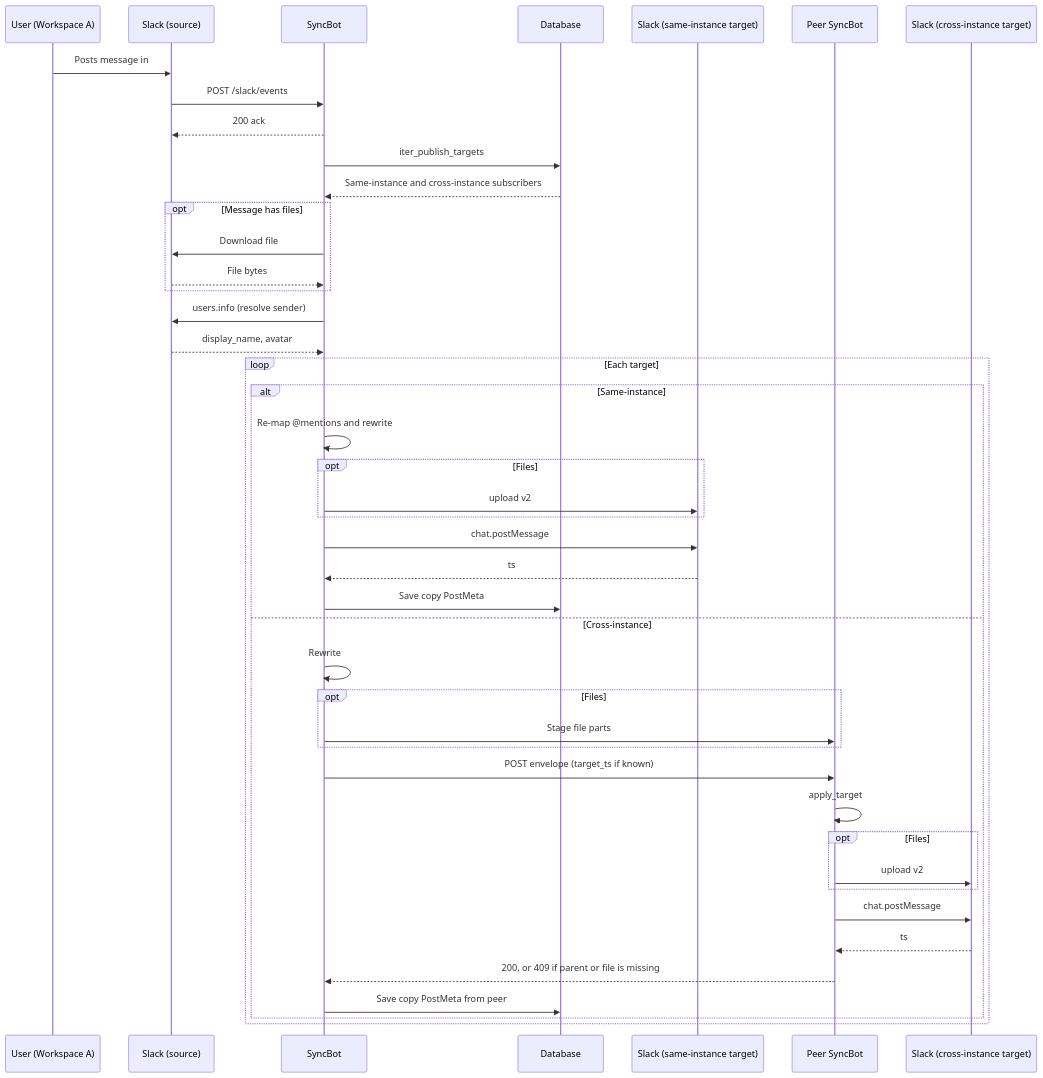
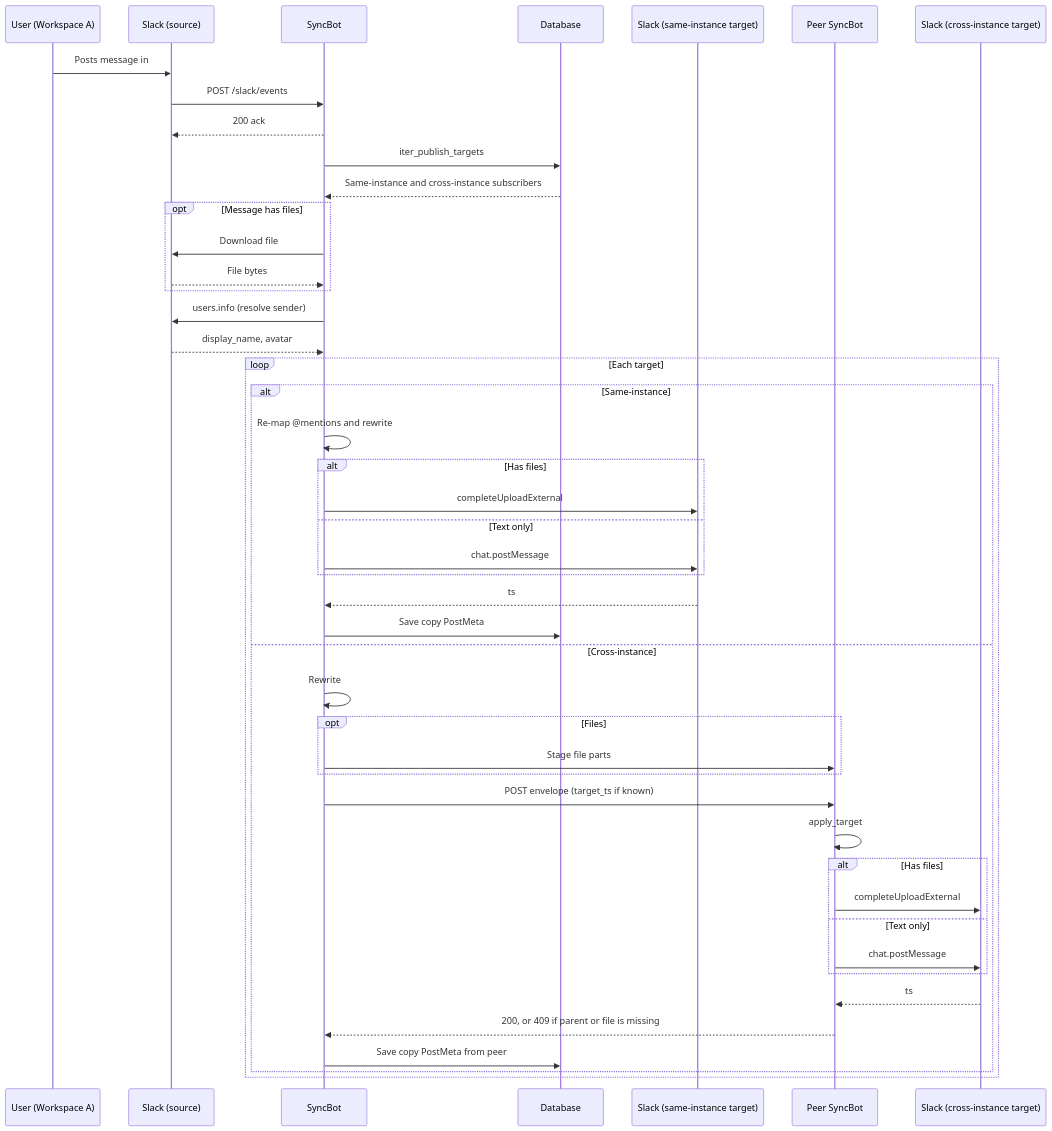
One commit to F3Nation-Community/slack-syncbot changed the third of 7 diagrams in docs/ARCHITECTURE.md. Above: the diagram before and after it, drawn with Mermaid. The commit also changed other lines of this file and 4 other files, not shown here.

````diff
--- a/docs/ARCHITECTURE.md
+++ b/docs/ARCHITECTURE.md
@@ -307,50 +307,52 @@
 ```mermaid
 sequenceDiagram
     participant U as User (Workspace A)
     participant S as Slack (source)
     participant SB as SyncBot
     participant DB as Database
     participant T as Slack (same-instance target)
     participant P as Peer SyncBot
     participant C as Slack (cross-instance target)
 
     U->>S: Posts message in #general
     S->>SB: POST /slack/events
     SB-->>S: 200 ack
     SB->>DB: iter_publish_targets
     DB-->>SB: Same-instance and cross-instance subscribers
 
     opt Message has files
         SB->>S: Download file
         S-->>SB: File bytes
     end
 
     SB->>S: users.info (resolve sender)
     S-->>SB: display_name, avatar
 
     loop Each target
         alt Same-instance
             SB->>SB: Re-map @mentions and rewrite #channel
-            opt Files
-                SB->>T: upload v2
+            alt Has files
+                SB->>T: completeUploadExternal
+            else Text only
+                SB->>T: chat.postMessage
             end
-            SB->>T: chat.postMessage
             T-->>SB: ts
             SB->>DB: Save copy PostMeta
         else Cross-instance
             SB->>SB: Rewrite #channel on origin
             opt Files
                 SB->>P: Stage file parts
             end
             SB->>P: POST envelope (target_ts if known)
             P->>P: apply_target
-            opt Files
-                P->>C: upload v2
+            alt Has files
+                P->>C: completeUploadExternal
+            else Text only
+                P->>C: chat.postMessage
             end
-            P->>C: chat.postMessage
             C-->>P: ts
             P-->>SB: 200, or 409 if parent or file is missing
             SB->>DB: Save copy PostMeta from peer
         end
     end
 ```
````
